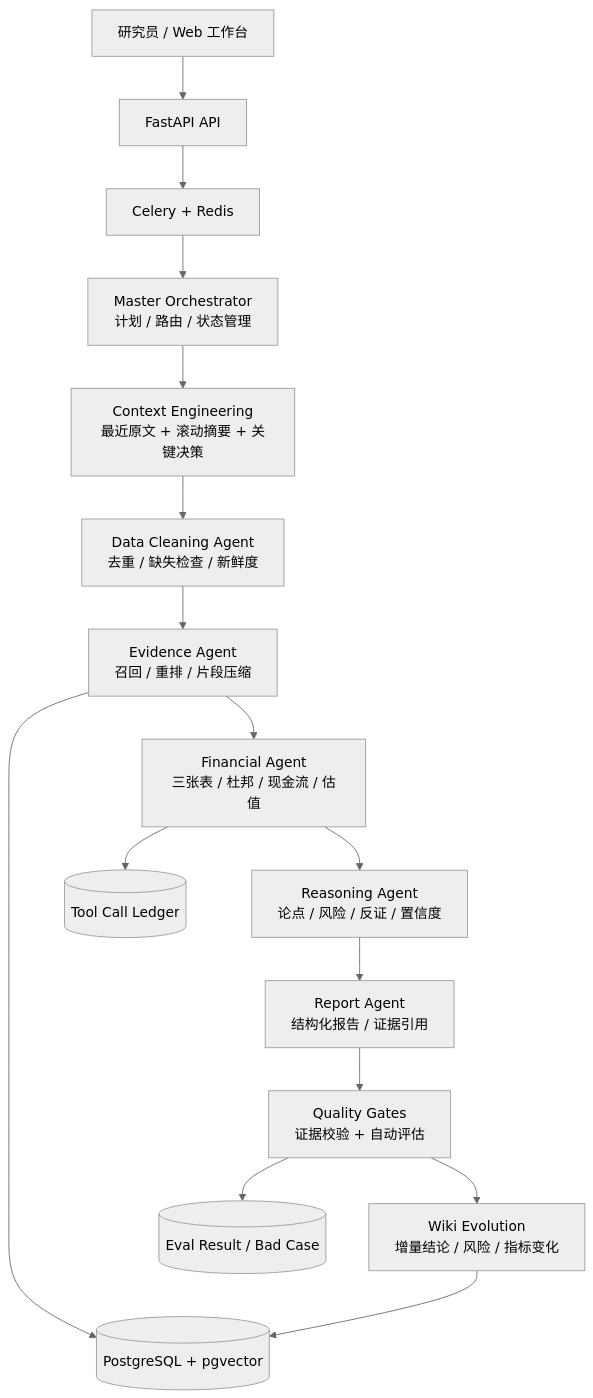
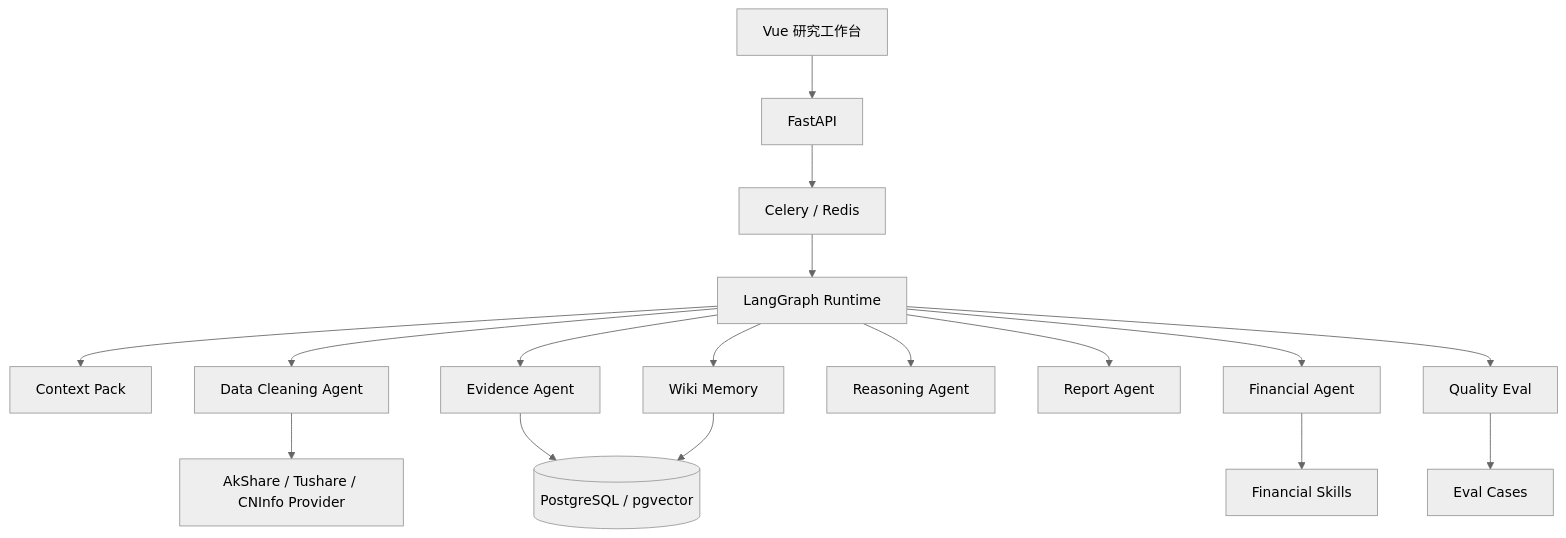
Before and after one commit to ljt-sss/A_stock_analysis_agent: the first of 3 diagrams in README.md, drawn with Mermaid (neutral theme). The commit also changed other lines of this file and 27 other files, not shown here.

````diff
--- a/README.md
+++ b/README.md
@@ -24,20 +47,21 @@
 ```mermaid
 flowchart TB
-    User["研究员 / Web 工作台"] --> API["FastAPI API"]
-    API --> Queue["Celery + Redis"]
-    Queue --> Supervisor["Master Orchestrator<br/>计划 / 路由 / 状态管理"]
+    UI["Vue 研究工作台"] --> API["FastAPI"]
+    API --> Queue["Celery / Redis"]
+    Queue --> Graph["LangGraph Runtime"]
 
-    Supervisor --> Context["Context Engineering<br/>最近原文 + 滚动摘要 + 关键决策"]
-    Context --> Data["Data Cleaning Agent<br/>去重 / 缺失检查 / 新鲜度"]
-    Data --> RAG["Evidence Agent<br/>召回 / 重排 / 片段压缩"]
-    RAG --> Finance["Financial Agent<br/>三张表 / 杜邦 / 现金流 / 估值"]
-    Finance --> Reason["Reasoning Agent<br/>论点 / 风险 / 反证 / 置信度"]
-    Reason --> Writer["Report Agent<br/>结构化报告 / 证据引用"]
-    Writer --> Guard["Quality Gates<br/>证据校验 + 自动评估"]
-    Guard --> Wiki["Wiki Evolution<br/>增量结论 / 风险 / 指标变化"]
+    Graph --> Context["Context Pack"]
+    Graph --> Data["Data Cleaning Agent"]
+    Graph --> Evidence["Evidence Agent"]
+    Graph --> Finance["Financial Agent"]
+    Graph --> Reason["Reasoning Agent"]
+    Graph --> Report["Report Agent"]
+    Graph --> Eval["Quality Eval"]
+    Graph --> Memory["Wiki Memory"]
 
-    RAG --> PG[("PostgreSQL + pgvector")]
-    Finance --> Ledger[("Tool Call Ledger")]
-    Guard --> Eval[("Eval Result / Bad Case")]
-    Wiki --> PG
+    Data --> Provider["AkShare / Tushare / CNInfo Provider"]
+    Finance --> Skills["Financial Skills"]
+    Evidence --> DB[("PostgreSQL / pgvector")]
+    Eval --> Cases["Eval Cases"]
+    Memory --> DB
 ```
````
